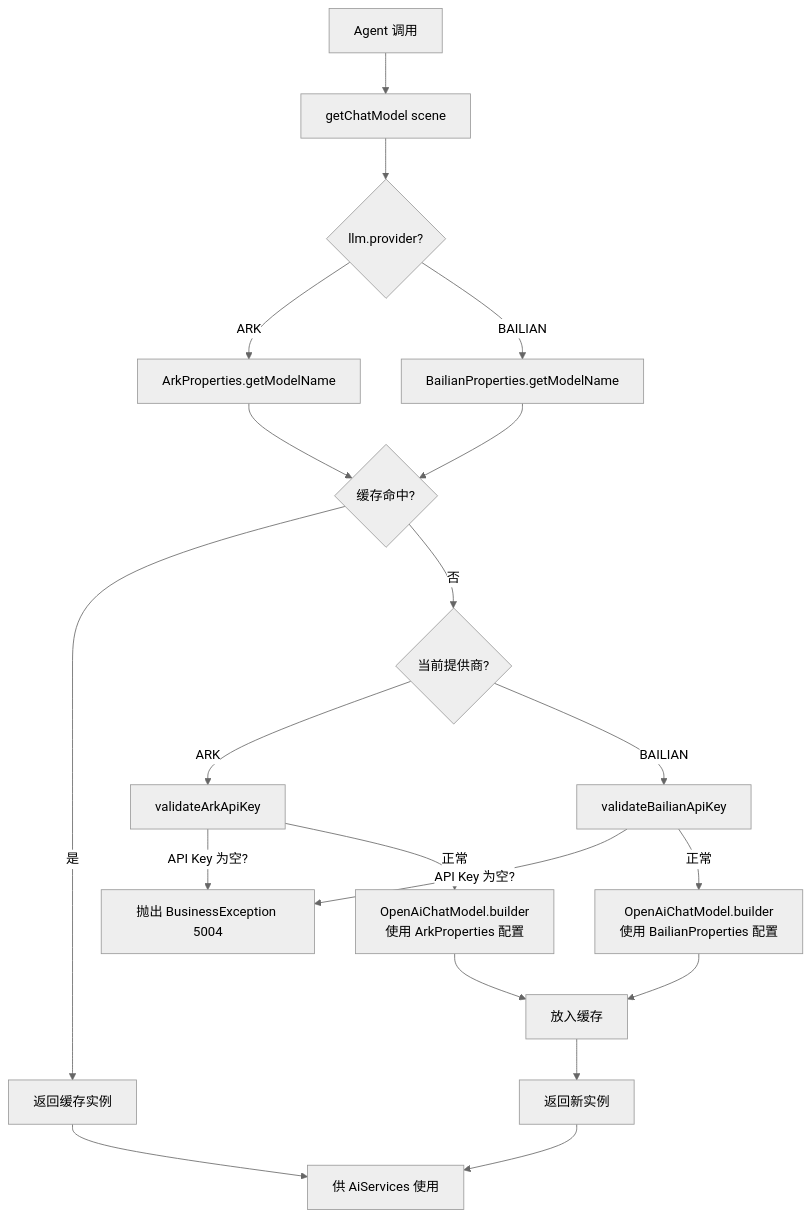
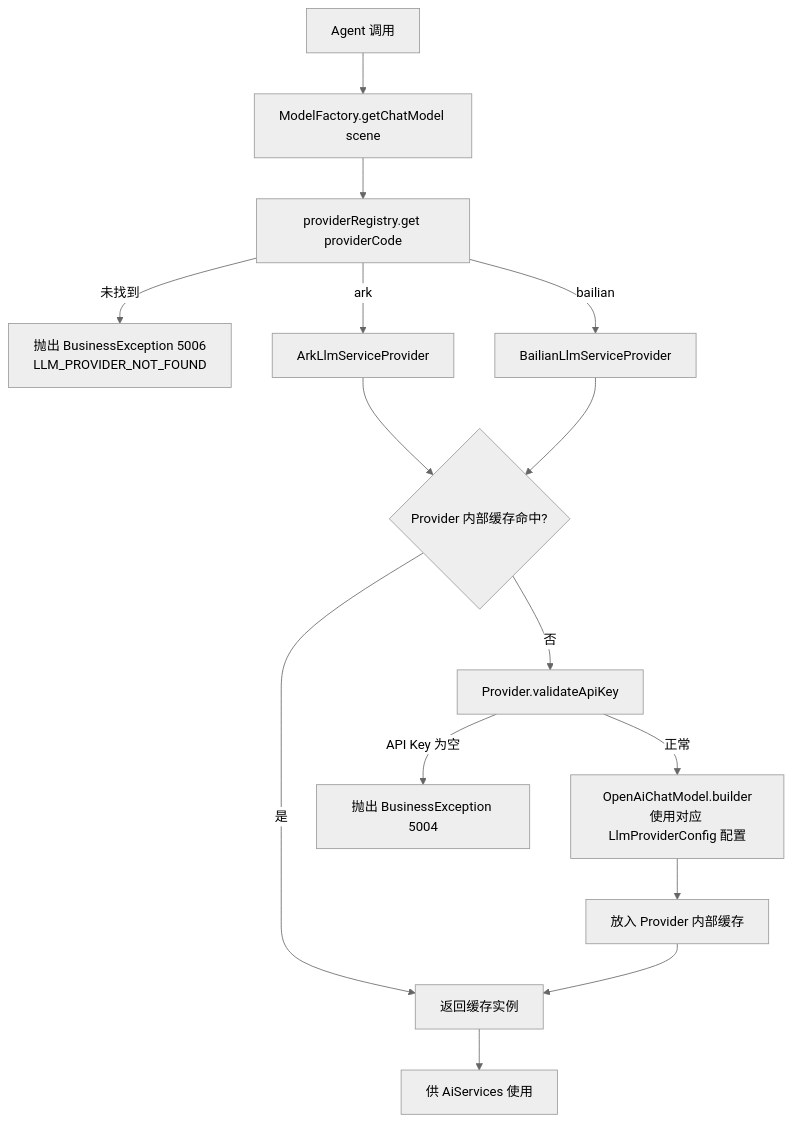
One commit to zxchengQQ/agent_demo changed the diagram in specs/modules/LLM接入模块-业务说明书.md. Above: the diagram before and after it, drawn with Mermaid (neutral theme). The commit also changed other lines of this file and 65 other files, not shown here.

````diff
--- a/specs/modules/LLM接入模块-业务说明书.md
+++ b/specs/modules/LLM接入模块-业务说明书.md
@@ -66,22 +84,17 @@
 ```mermaid
 flowchart TD
-    A[Agent 调用] --> B[getChatModel scene]
-    B --> P{llm.provider?}
-    P -->|ARK| C1[ArkProperties.getModelName]
-    P -->|BAILIAN| C2[BailianProperties.getModelName]
-    C1 --> D{缓存命中?}
-    C2 --> D
-    D -->|是| E[返回缓存实例]
-    D -->|否| F{当前提供商?}
-    F -->|ARK| G1[validateArkApiKey]
-    F -->|BAILIAN| G2[validateBailianApiKey]
-    G1 -->|API Key 为空?| H[抛出 BusinessException 5004]
-    G2 -->|API Key 为空?| H
-    G1 -->|正常| I1[OpenAiChatModel.builder<br>使用 ArkProperties 配置]
-    G2 -->|正常| I2[OpenAiChatModel.builder<br>使用 BailianProperties 配置]
-    I1 --> J[放入缓存]
-    I2 --> J
-    J --> K[返回新实例]
-    E --> L[供 AiServices 使用]
-    K --> L
+    A[Agent 调用] --> B[ModelFactory.getChatModel scene]
+    B --> Reg[providerRegistry.get providerCode]
+    Reg -->|未找到| RegErr[抛出 BusinessException 5006<br>LLM_PROVIDER_NOT_FOUND]
+    Reg -->|ark| Ark[ArkLlmServiceProvider]
+    Reg -->|bailian| BL[BailianLlmServiceProvider]
+    Ark --> Cache{Provider 内部缓存命中?}
+    BL --> Cache
+    Cache -->|是| Ret[返回缓存实例]
+    Cache -->|否| Validate[Provider.validateApiKey]
+    Validate -->|API Key 为空| Err[抛出 BusinessException 5004]
+    Validate -->|正常| Build[OpenAiChatModel.builder<br>使用对应 LlmProviderConfig 配置]
+    Build --> PutCache[放入 Provider 内部缓存]
+    PutCache --> Ret
+    Ret --> Use[供 AiServices 使用]
 ```
````
